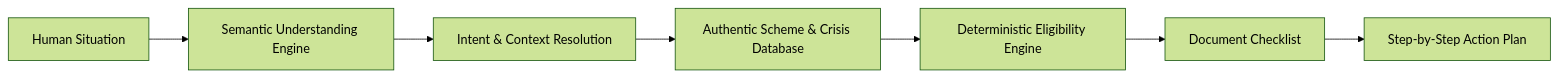
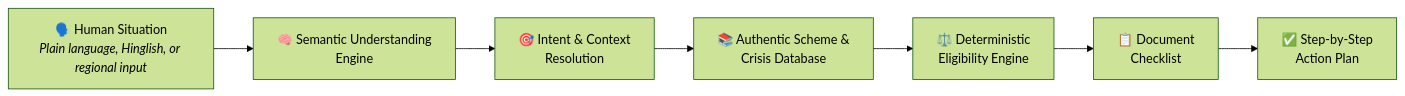
One commit to mrashish18/sahay changed the diagram in README.md. Above: the diagram before and after it, drawn with Mermaid (forest theme). The commit also changed other lines of this file and 16 other files, not shown here.

````diff
--- a/README.md
+++ b/README.md
@@ -54,9 +79,9 @@
 ```mermaid
 flowchart LR
-    A[Human Situation] --> B[Semantic Understanding Engine]
-    B --> C[Intent & Context Resolution]
-    C --> D[Authentic Scheme & Crisis Database]
-    D --> E[Deterministic Eligibility Engine]
-    E --> F[Document Checklist]
-    F --> G[Step-by-Step Action Plan]
+    A["🗣️ Human Situation<br/><i>Plain language, Hinglish, or regional input</i>"] --> B["🧠 Semantic Understanding<br/>Engine"]
+    B --> C["🎯 Intent & Context<br/>Resolution"]
+    C --> D["📚 Authentic Scheme &<br/>Crisis Database"]
+    D --> E["⚖️ Deterministic<br/>Eligibility Engine"]
+    E --> F["📋 Document<br/>Checklist"]
+    F --> G["✅ Step-by-Step<br/>Action Plan"]
 ```
````
